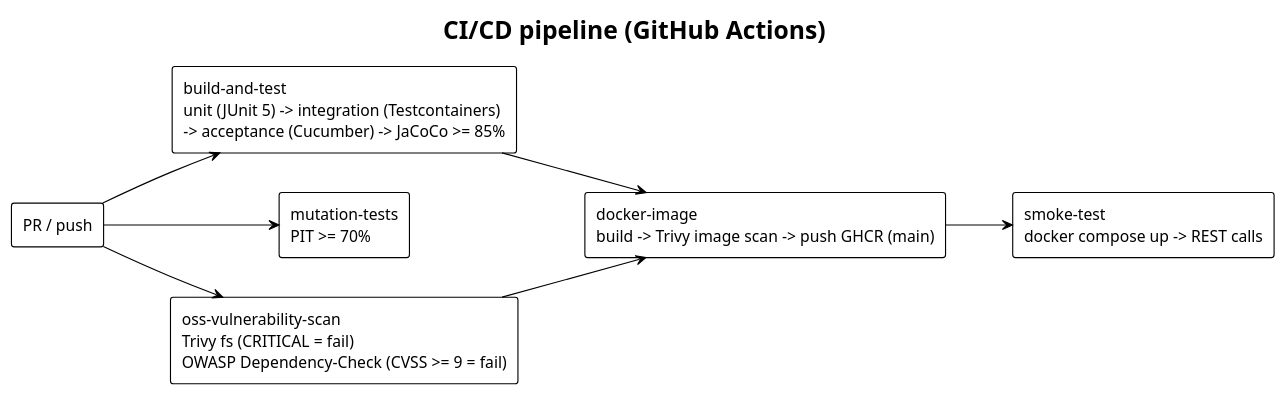
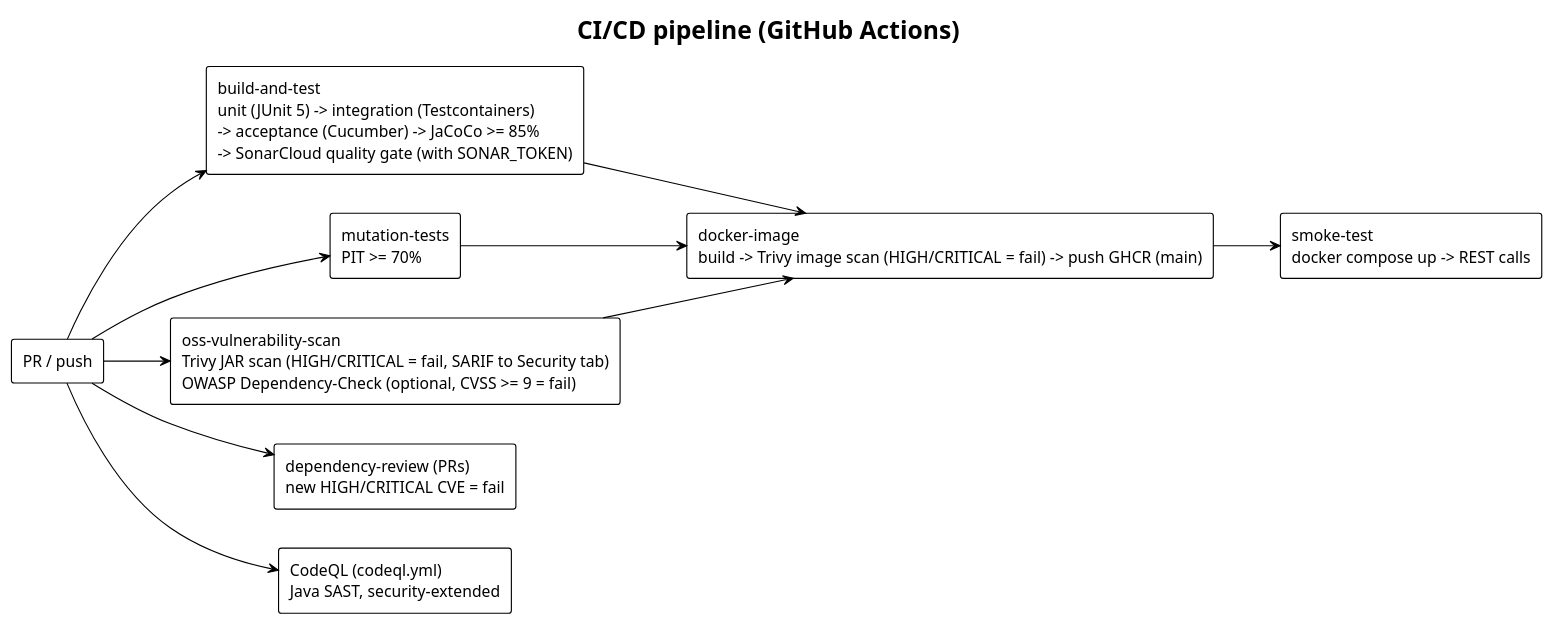
Before and after one commit to apurvaaeron/trade-store: the diagram in docs/diagrams/pipeline.puml, drawn with PlantUML. The commit also changed 10 other files, not shown here.

Commit message:
Add CodeQL, dependency review, Trivy SARIF and SonarCloud CI analysis to PR checks

```diff
--- a/docs/diagrams/pipeline.puml
+++ b/docs/diagrams/pipeline.puml
@@ -1,19 +1,24 @@
 @startuml pipeline
 !theme plain
 title CI/CD pipeline (GitHub Actions)
 left to right direction
 
 rectangle "PR / push" as trigger
-rectangle "build-and-test\nunit (JUnit 5) -> integration (Testcontainers)\n-> acceptance (Cucumber) -> JaCoCo >= 85%" as build
+rectangle "build-and-test\nunit (JUnit 5) -> integration (Testcontainers)\n-> acceptance (Cucumber) -> JaCoCo >= 85%\n-> SonarCloud quality gate (with SONAR_TOKEN)" as build
 rectangle "mutation-tests\nPIT >= 70%" as pit
-rectangle "oss-vulnerability-scan\nTrivy fs (CRITICAL = fail)\nOWASP Dependency-Check (CVSS >= 9 = fail)" as scan
-rectangle "docker-image\nbuild -> Trivy image scan -> push GHCR (main)" as image
+rectangle "oss-vulnerability-scan\nTrivy JAR scan (HIGH/CRITICAL = fail, SARIF to Security tab)\nOWASP Dependency-Check (optional, CVSS >= 9 = fail)" as scan
+rectangle "dependency-review (PRs)\nnew HIGH/CRITICAL CVE = fail" as depreview
+rectangle "CodeQL (codeql.yml)\nJava SAST, security-extended" as codeql
+rectangle "docker-image\nbuild -> Trivy image scan (HIGH/CRITICAL = fail) -> push GHCR (main)" as image
 rectangle "smoke-test\ndocker compose up -> REST calls" as smoke
 
 trigger --> build
 trigger --> pit
 trigger --> scan
+trigger --> depreview
+trigger --> codeql
 build --> image
+pit --> image
 scan --> image
 image --> smoke
 @enduml
```
